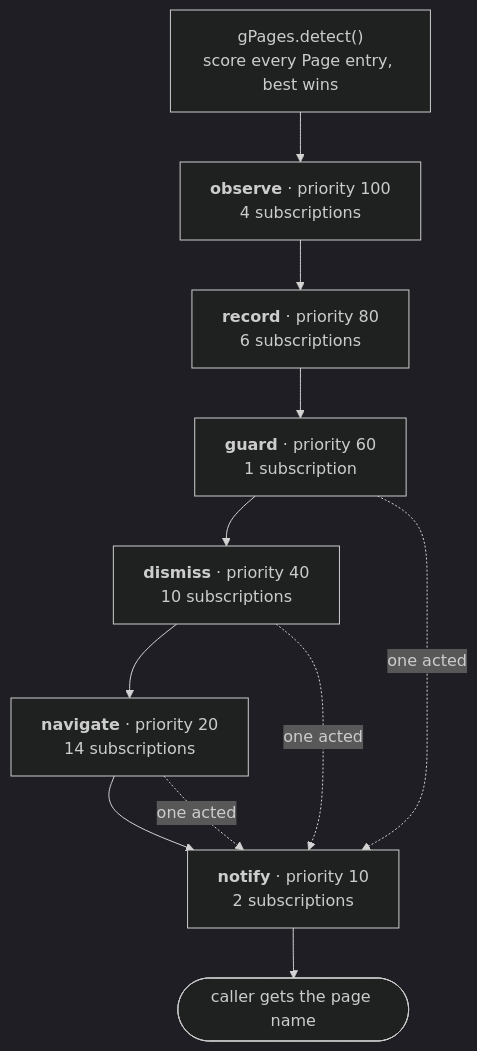
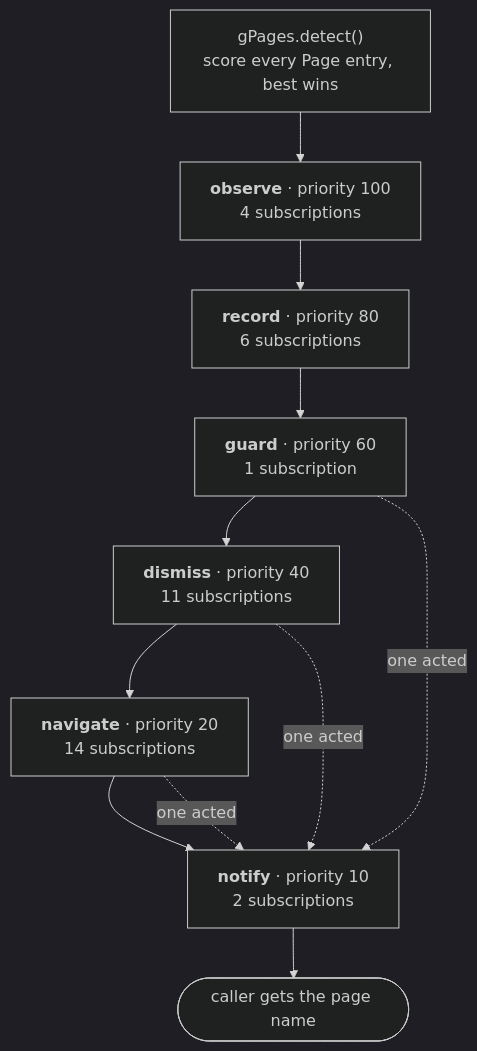
The first of 3 diagrams in app.gap.Tsum/PAGE_DISPATCH.md (thireven/game-automation-scripts), drawn with Mermaid (dark theme) before and after one commit. The commit also changed other lines of this file and 5 other files, not shown here.

````diff
--- a/app.gap.Tsum/PAGE_DISPATCH.md
+++ b/app.gap.Tsum/PAGE_DISPATCH.md
@@ -24,21 +24,21 @@
 ```mermaid
 flowchart TD
   detect["gPages.detect()<br/>score every Page entry, best wins"]
   c0["<b>observe</b> &middot; priority 100<br/>4 subscriptions"]
   c1["<b>record</b> &middot; priority 80<br/>6 subscriptions"]
   c2["<b>guard</b> &middot; priority 60<br/>1 subscription"]
-  c3["<b>dismiss</b> &middot; priority 40<br/>10 subscriptions"]
+  c3["<b>dismiss</b> &middot; priority 40<br/>11 subscriptions"]
   c4["<b>navigate</b> &middot; priority 20<br/>14 subscriptions"]
   c5["<b>notify</b> &middot; priority 10<br/>2 subscriptions"]
   done(["caller gets the page name"])
   detect --> c0
   c0 --> c1
   c1 --> c2
   c2 --> c3
   c3 --> c4
   c4 --> c5
   c5 --> done
   c2 -. "one acted" .-> c5
   c3 -. "one acted" .-> c5
   c4 -. "one acted" .-> c5
 ```
````
